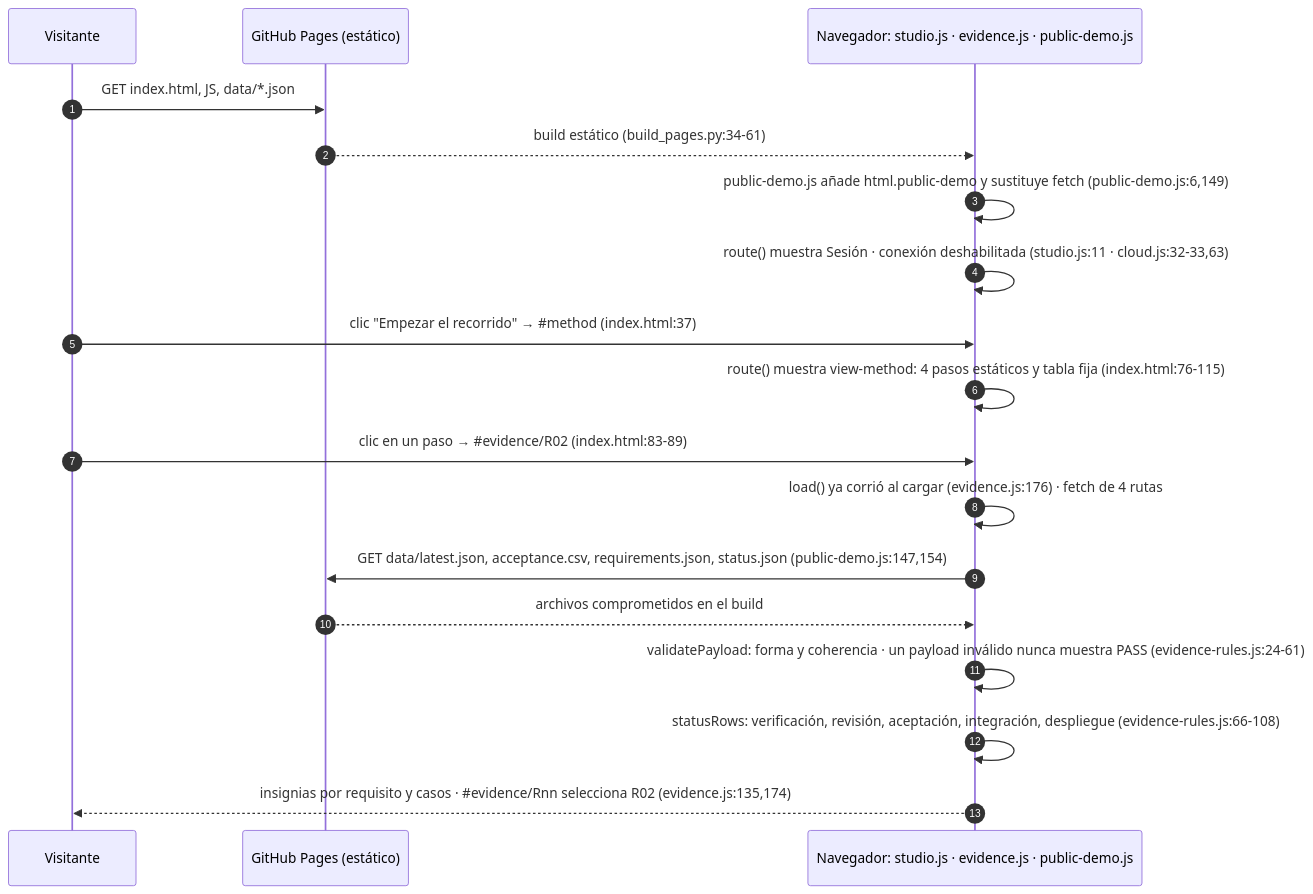
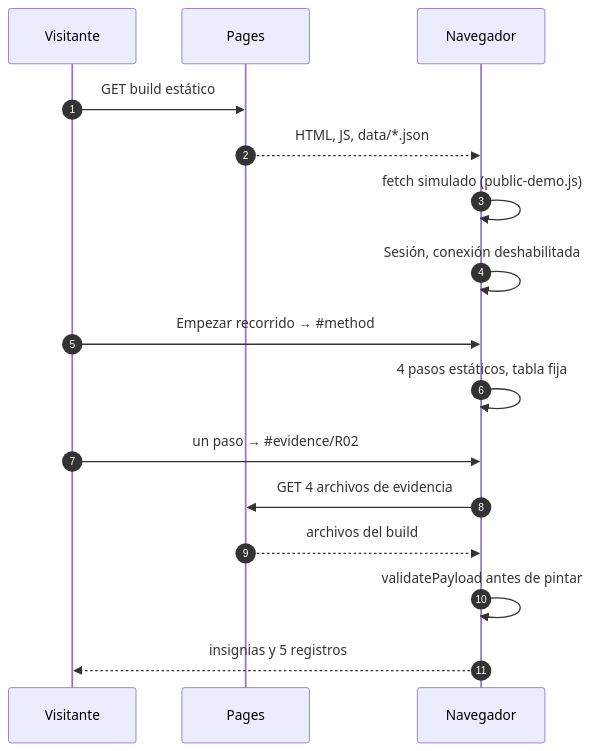
The first of 6 diagrams in docs/book/03-recorrido-del-codigo.md (marcodiazleon/ai-implementation-lab), drawn with Mermaid before and after one commit. The commit also changed other lines of this file and 11 other files, not shown here.

First line of the commit message:
U22 after the second review of 55197be: every diagram laid out for a phone

````diff
--- a/docs/book/03-recorrido-del-codigo.md
+++ b/docs/book/03-recorrido-del-codigo.md
@@ -26,20 +26,18 @@
 ```mermaid
 sequenceDiagram
   autonumber
   participant V as Visitante
-  participant P as GitHub Pages (estático)
-  participant N as Navegador: studio.js · evidence.js · public-demo.js
-  V->>P: GET index.html, JS, data/*.json
-  P-->>N: build estático (build_pages.py:34-61)
-  N->>N: public-demo.js añade html.public-demo y sustituye fetch (public-demo.js:6,149)
-  N->>N: route() muestra Sesión · conexión deshabilitada (studio.js:11 · cloud.js:32-33,63)
-  V->>N: clic "Empezar el recorrido" → #35;method (index.html:37)
-  N->>N: route() muestra view-method: 4 pasos estáticos y tabla fija (index.html:76-115)
-  V->>N: clic en un paso → #35;evidence/R02 (index.html:83-89)
-  N->>N: load() ya corrió al cargar (evidence.js:176) · fetch de 4 rutas
-  N->>P: GET data/latest.json, acceptance.csv, requirements.json, status.json (public-demo.js:147,154)
-  P-->>N: archivos comprometidos en el build
-  N->>N: validatePayload: forma y coherencia · un payload inválido nunca muestra PASS (evidence-rules.js:24-61)
-  N->>N: statusRows: verificación, revisión, aceptación, integración, despliegue (evidence-rules.js:66-108)
-  N-->>V: insignias por requisito y casos · #35;evidence/Rnn selecciona R02 (evidence.js:135,174)
+  participant P as Pages
+  participant N as Navegador
+  V->>P: GET build estático
+  P-->>N: HTML, JS, data/*.json
+  N->>N: fetch simulado (public-demo.js)
+  N->>N: Sesión, conexión deshabilitada
+  V->>N: Empezar recorrido → #35;method
+  N->>N: 4 pasos estáticos, tabla fija
+  V->>N: un paso → #35;evidence/R02
+  N->>P: GET 4 archivos de evidencia
+  P-->>N: archivos del build
+  N->>N: validatePayload antes de pintar
+  N-->>V: insignias y 5 registros
 ```
````
